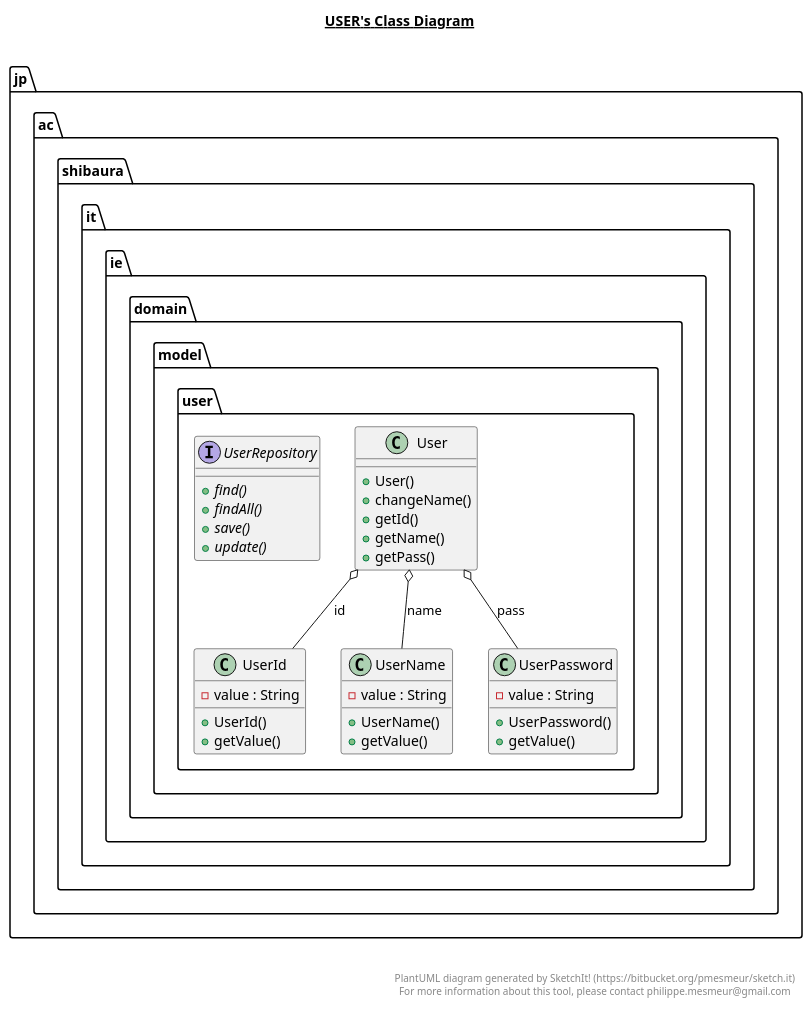
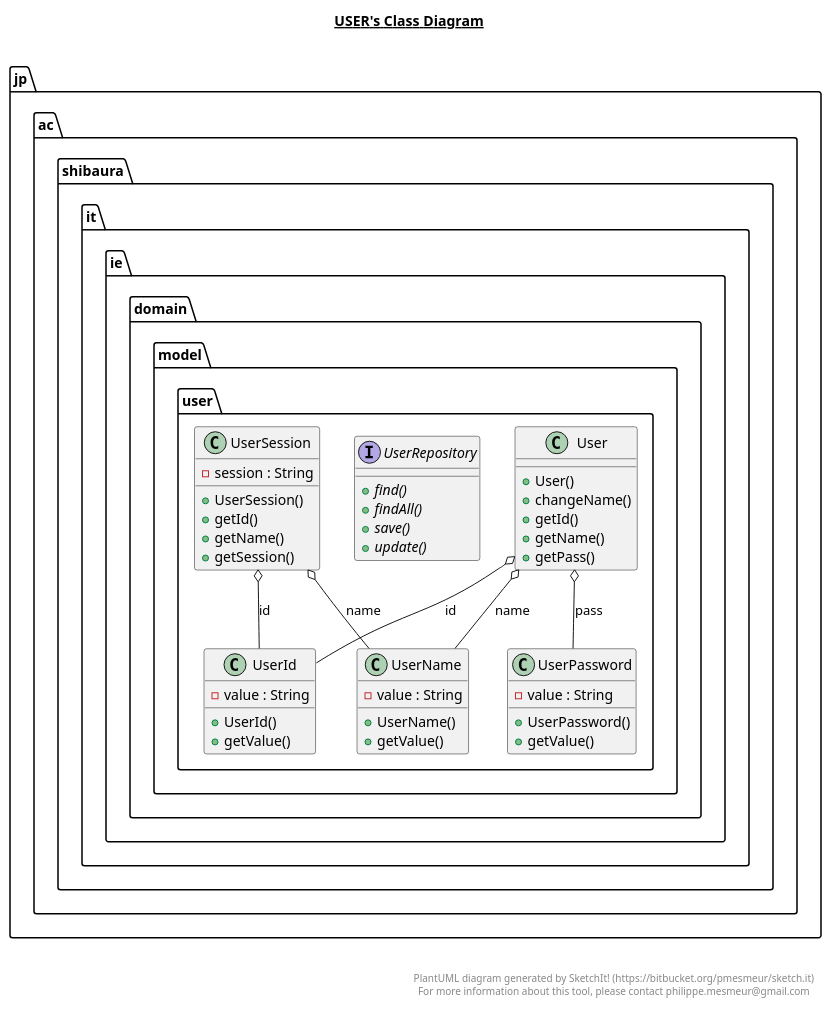
One commit to THEToilet/chatAppServer changed the diagram in src/jp/ac/shibaura/it/ie/domain/model/user/user.plantuml. Above: the diagram before and after it, drawn with PlantUML. The commit also changed 52 other files, not shown here.

```diff
--- a/src/jp/ac/shibaura/it/ie/domain/model/user/user.plantuml
+++ b/src/jp/ac/shibaura/it/ie/domain/model/user/user.plantuml
@@ -1,75 +1,90 @@
 @startuml
 
 title __USER's Class Diagram__\n
 
   namespace jp.ac.shibaura.it.ie {
     namespace domain.model.user {
       class jp.ac.shibaura.it.ie.domain.model.user.User {
           + User()
           + changeName()
           + getId()
           + getName()
           + getPass()
       }
     }
   }
   
 
   namespace jp.ac.shibaura.it.ie {
     namespace domain.model.user {
       class jp.ac.shibaura.it.ie.domain.model.user.UserId {
           - value : String
           + UserId()
           + getValue()
       }
     }
   }
   
 
   namespace jp.ac.shibaura.it.ie {
     namespace domain.model.user {
       class jp.ac.shibaura.it.ie.domain.model.user.UserName {
           - value : String
           + UserName()
           + getValue()
       }
     }
   }
   
 
   namespace jp.ac.shibaura.it.ie {
     namespace domain.model.user {
       class jp.ac.shibaura.it.ie.domain.model.user.UserPassword {
           - value : String
           + UserPassword()
           + getValue()
       }
     }
   }
   
 
   namespace jp.ac.shibaura.it.ie {
     namespace domain.model.user {
       interface jp.ac.shibaura.it.ie.domain.model.user.UserRepository {
           {abstract} + find()
           {abstract} + findAll()
           {abstract} + save()
           {abstract} + update()
       }
     }
   }
   
 
+  namespace jp.ac.shibaura.it.ie {
+    namespace domain.model.user {
+      class jp.ac.shibaura.it.ie.domain.model.user.UserSession {
+          - session : String
+          + UserSession()
+          + getId()
+          + getName()
+          + getSession()
+      }
+    }
+  }
+  
+
   jp.ac.shibaura.it.ie.domain.model.user.User o-- jp.ac.shibaura.it.ie.domain.model.user.UserId : id
   jp.ac.shibaura.it.ie.domain.model.user.User o-- jp.ac.shibaura.it.ie.domain.model.user.UserName : name
   jp.ac.shibaura.it.ie.domain.model.user.User o-- jp.ac.shibaura.it.ie.domain.model.user.UserPassword : pass
+  jp.ac.shibaura.it.ie.domain.model.user.UserSession o-- jp.ac.shibaura.it.ie.domain.model.user.UserId : id
+  jp.ac.shibaura.it.ie.domain.model.user.UserSession o-- jp.ac.shibaura.it.ie.domain.model.user.UserName : name
 
 
 right footer
 
 
 PlantUML diagram generated by SketchIt! (https://bitbucket.org/pmesmeur/sketch.it)
 For more information about this tool, please contact philippe.mesmeur@gmail.com
 endfooter
 
 @enduml
```
